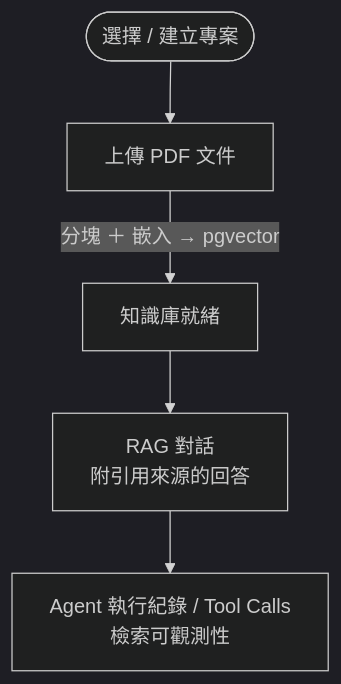
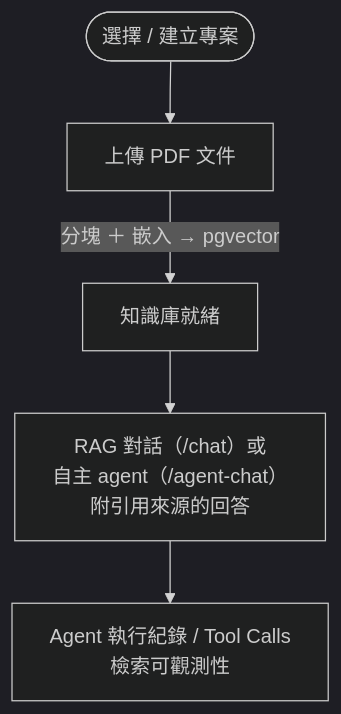
One commit to Jiaaaaaaak/OpsKnowledge-agent-lite changed the diagram in docs/PRD.zh-TW.md. Above: the diagram before and after it, drawn with Mermaid (dark theme). The commit also changed other lines of this file and 13 other files, not shown here.

First line of the commit message:
docs: 文件對齊現狀（agent-chat/翻譯繁體/檢索策略/OCR 多模態）

````diff
--- a/docs/PRD.zh-TW.md
+++ b/docs/PRD.zh-TW.md
@@ -97,7 +102,7 @@
 ```mermaid
 flowchart TD
     P([選擇 / 建立專案]) --> UP["上傳 PDF 文件"]
     UP -->|"分塊 ＋ 嵌入 → pgvector"| IDX["知識庫就緒"]
-    IDX --> ASK["RAG 對話<br/>附引用來源的回答"]
+    IDX --> ASK["RAG 對話（/chat）或<br/>自主 agent（/agent-chat）<br/>附引用來源的回答"]
     ASK --> OBS["Agent 執行紀錄 / Tool Calls<br/>檢索可觀測性"]
 ```
````
